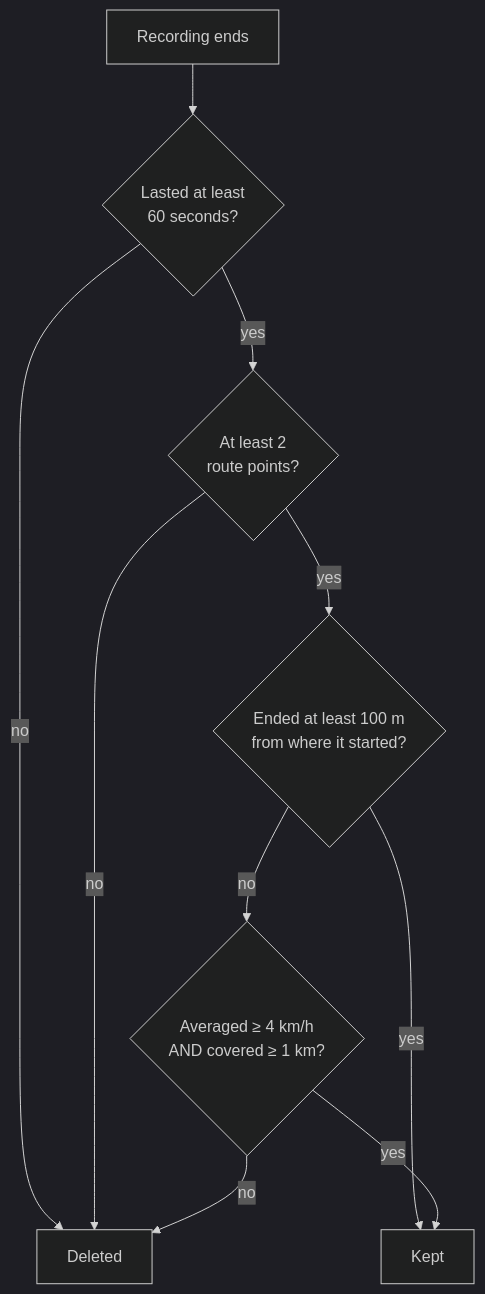
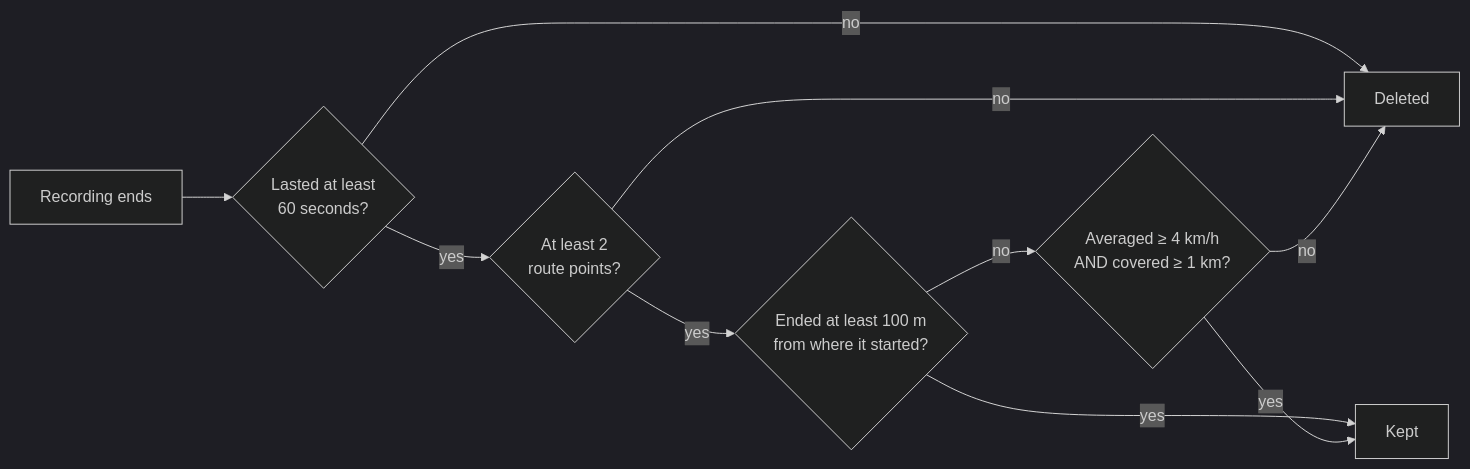
The fourth of 4 diagrams in docs/how-it-works.md (glandais/autoride), drawn with Mermaid (dark theme) before and after one commit. The commit also changed other lines of this file and 1 other file, not shown here.

Commit message:
🐛 fix(pages): the mermaid loader matched a wrapper GitHub Pages does not emit
Checked in Chrome against the published page: the four diagrams were showing as
source text. The loader looked for `div.language-mermaid` — Rouge's highlight
wrapper — and GitHub Pages emits `<pre><code class="language-mermaid">` for a
fence whose language it has no lexer for, so the selector matched nothing and
the script exited before importing anything. Verified live: with the corrected
selector all four render, 948x148 to 473x1292.

- Selector takes both forms; the `<code>` one replaces its `<pre>` parent, or
  the diagram would keep the code block's frame around it.
- `pre.mermaid` styled as a picture rather than a code listing: no grey frame,
  centred, `max-width: 100%` on the svg and a scroll for anything wider.
- Gate diagram drops the `Open --> Open` self-transition — it rendered as a loop
  across half the picture, and the sentence under it already says the gate is
  pinned open during a ride.
- The keep/discard tree becomes `flowchart LR`: top-down it was 1292 px of
  mostly empty column.

Claude-Session: https://claude.ai/code/session_01D3DPG3zeyGr7qqPCMYBChx

````diff
--- a/docs/how-it-works.md
+++ b/docs/how-it-works.md
@@ -175,12 +174,12 @@
 ```mermaid
-flowchart TD
+flowchart LR
   A["Recording ends"] --> B{"Lasted at least<br/>60 seconds?"}
   B -->|no| D["Deleted"]
   B -->|yes| C{"At least 2<br/>route points?"}
   C -->|no| D
   C -->|yes| E{"Ended at least 100 m<br/>from where it started?"}
   E -->|yes| K["Kept"]
   E -->|no| F{"Averaged ≥ 4 km/h<br/>AND covered ≥ 1 km?"}
   F -->|yes| K
   F -->|no| D
 ```
````
